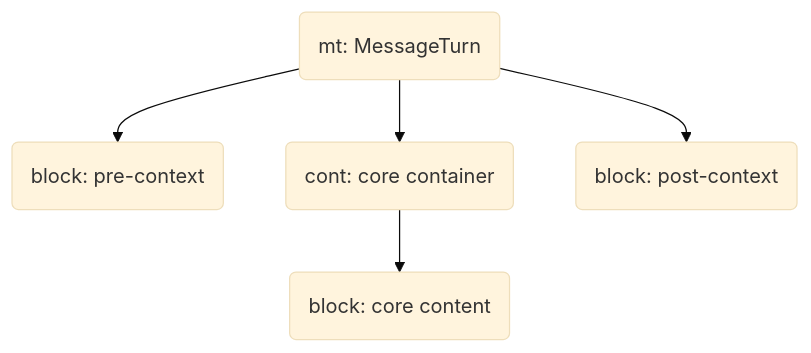
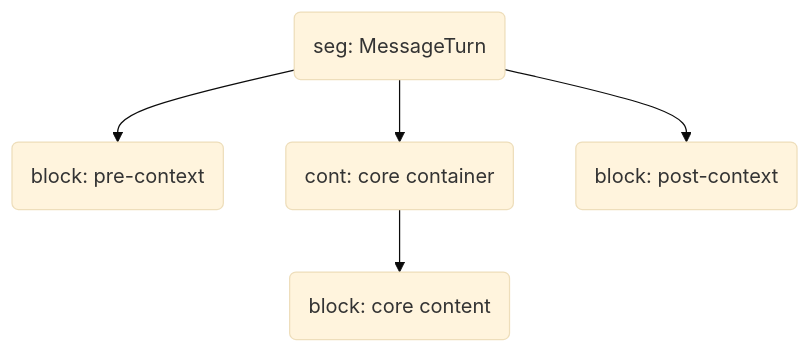
The second of 4 diagrams in docs/diagrams.md (earldennison/PACT-spec), drawn with Mermaid (base theme) before and after one commit. The commit also changed 21 other files, not shown here.

````diff
--- a/docs/diagrams.md
+++ b/docs/diagrams.md
@@ -25,12 +25,12 @@
 ```mermaid
 graph TD
-  mt(mt: MessageTurn)
+  seg(seg: MessageTurn)
   pre(block: pre-context)
   cont(cont: core container)
   post(block: post-context)
 
-  mt --> pre
-  mt --> cont
-  mt --> post
+  seg --> pre
+  seg --> cont
+  seg --> post
   cont --> core(block: core content)
 ```
````
